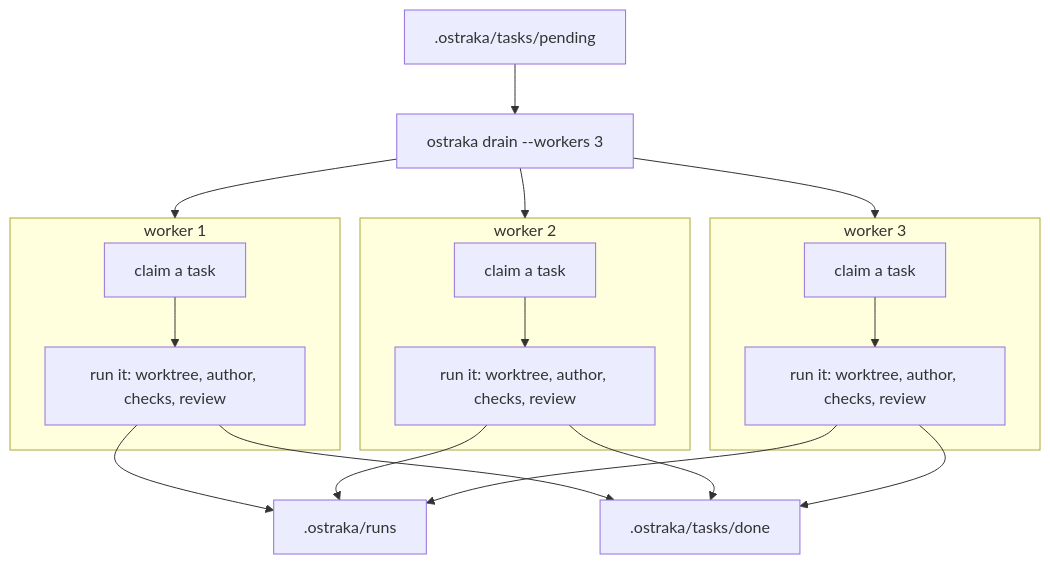
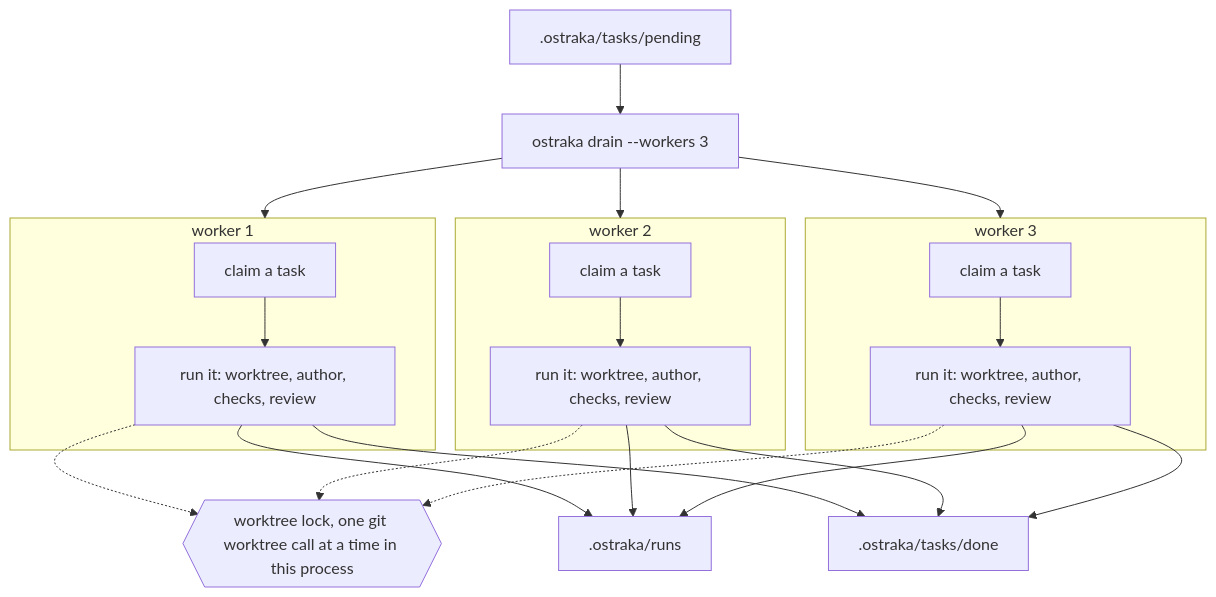
One commit to bemindlabs/ostraka changed the fourth of 5 diagrams in docs/architecture.md. Above: the diagram before and after it, drawn with Mermaid. The commit also changed other lines of this file, not shown here.

First line of the commit message:
Say who the architecture page is for and what each view answers

````diff
--- a/docs/architecture.md
+++ b/docs/architecture.md
@@ -207,24 +250,29 @@
 ```mermaid
 flowchart TB
     List[".ostraka/tasks/pending"] --> Drain["ostraka drain --workers 3"]
     Drain --> W1
     Drain --> W2
     Drain --> W3
 
     subgraph W1["worker 1"]
         c1["claim a task"] --> x1["run it: worktree, author, checks, review"]
     end
     subgraph W2["worker 2"]
         c2["claim a task"] --> x2["run it: worktree, author, checks, review"]
     end
     subgraph W3["worker 3"]
         c3["claim a task"] --> x3["run it: worktree, author, checks, review"]
     end
 
+    Lock{{"worktree lock, one git worktree call at a time in this process"}}
+    x1 -.-> Lock
+    x2 -.-> Lock
+    x3 -.-> Lock
+
     x1 --> Runs[".ostraka/runs"]
     x2 --> Runs
     x3 --> Runs
     x1 --> Done[".ostraka/tasks/done"]
     x2 --> Done
     x3 --> Done
 ```
````
